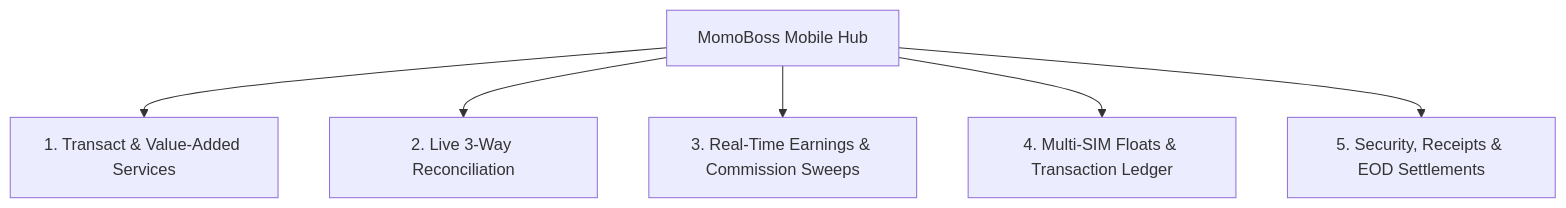
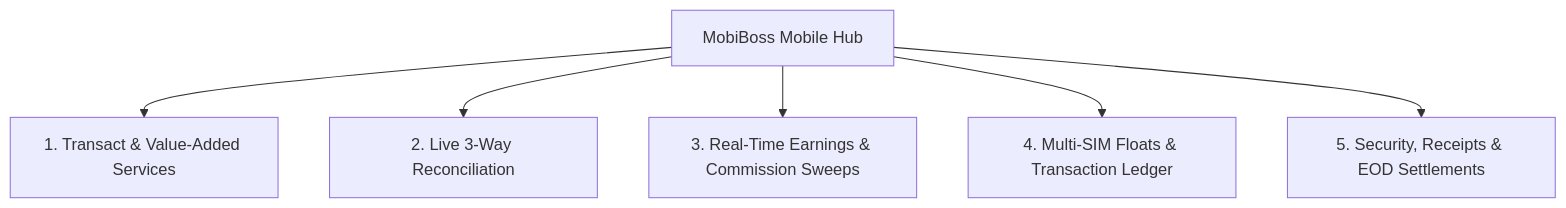
Before and after one commit to Emmanuel-Darko/MobiBoss: the diagram in README.md, drawn with Mermaid. The commit also changed other lines of this file and 35 other files, not shown here.

Commit message:
refactor: rename all files, packages, and directories from MomoBoss to MobiBoss

````diff
--- a/README.md
+++ b/README.md
@@ -19,8 +19,8 @@
 ```mermaid
 graph TD
-    A["MomoBoss Mobile Hub"] --> B["1. Transact & Value-Added Services"]
+    A["MobiBoss Mobile Hub"] --> B["1. Transact & Value-Added Services"]
     A --> C["2. Live 3-Way Reconciliation"]
     A --> D["3. Real-Time Earnings & Commission Sweeps"]
     A --> E["4. Multi-SIM Floats & Transaction Ledger"]
     A --> F["5. Security, Receipts & EOD Settlements"]
 ```
````
